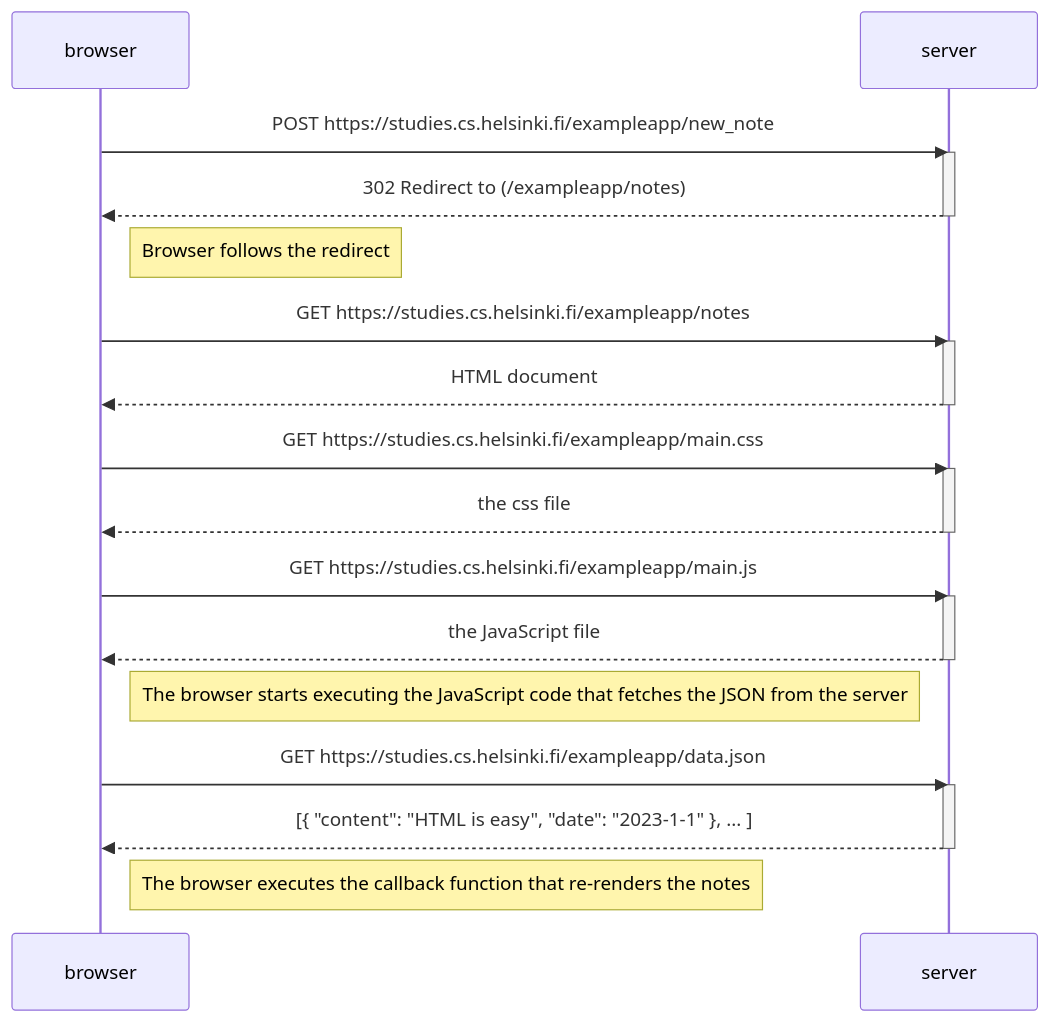
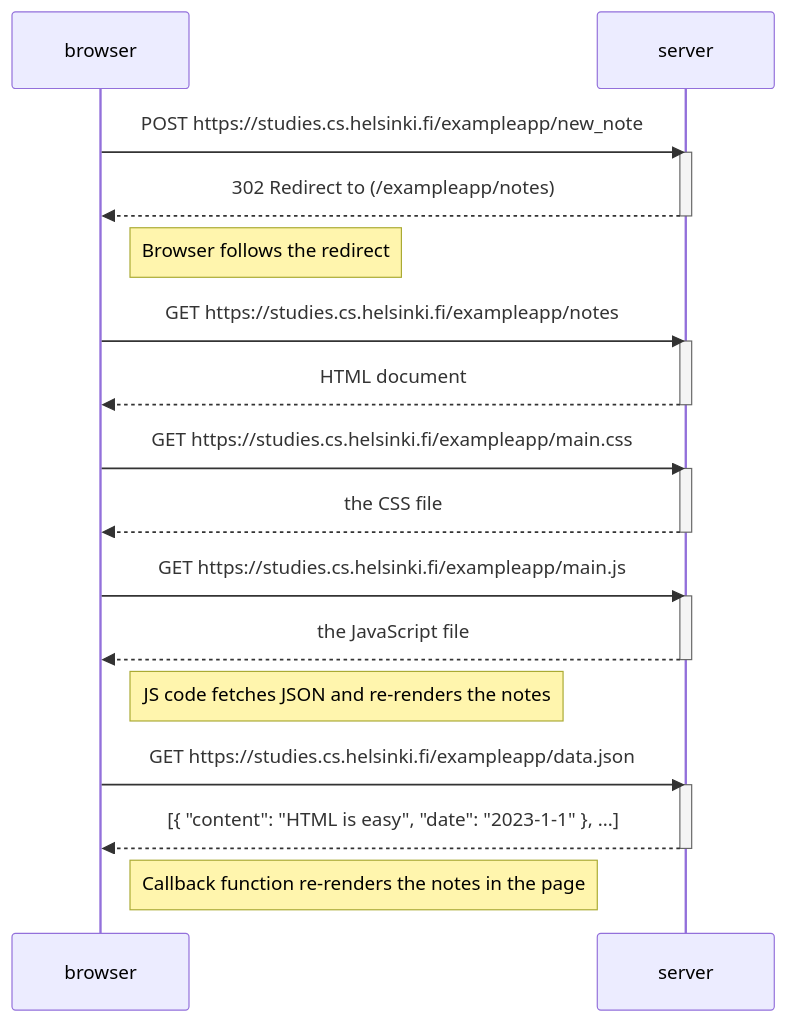
The first of 3 diagrams in Part0/Ex.md (Eman3655/fullstack-course), drawn with Mermaid before and after one commit. The commit also changed other lines of this file, not shown here.

````diff
--- a/Part0/Ex.md
+++ b/Part0/Ex.md
@@ -4,36 +4,36 @@
 ```mermaid
-sequenceDiagram 
-    participant browser 
+sequenceDiagram
+    participant browser
     participant server
 
     browser->>server: POST https://studies.cs.helsinki.fi/exampleapp/new_note
     activate server
     server-->>browser: 302 Redirect to (/exampleapp/notes)
     deactivate server
 
     Note right of browser: Browser follows the redirect
 
     browser->>server: GET https://studies.cs.helsinki.fi/exampleapp/notes
     activate server
     server-->>browser: HTML document
     deactivate server
 
     browser->>server: GET https://studies.cs.helsinki.fi/exampleapp/main.css
     activate server
-    server-->>browser: the css file
+    server-->>browser: the CSS file
     deactivate server
 
     browser->>server: GET https://studies.cs.helsinki.fi/exampleapp/main.js
     activate server
     server-->>browser: the JavaScript file
     deactivate server
 
-    Note right of browser: The browser starts executing the JavaScript code that fetches the JSON from the server
+    Note right of browser: JS code fetches JSON and re-renders the notes
 
     browser->>server: GET https://studies.cs.helsinki.fi/exampleapp/data.json
     activate server
-    server-->>browser: [{ "content": "HTML is easy", "date": "2023-1-1" }, ... ]
+    server-->>browser: [{ "content": "HTML is easy", "date": "2023-1-1" }, ...]
     deactivate server
 
-    Note right of browser: The browser executes the callback function that re-renders the notes 
+    Note right of browser: Callback function re-renders the notes in the page
 ```
````
